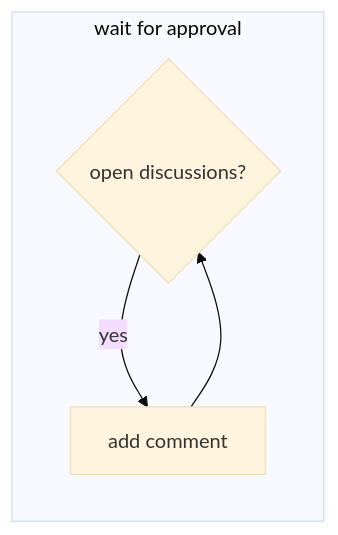
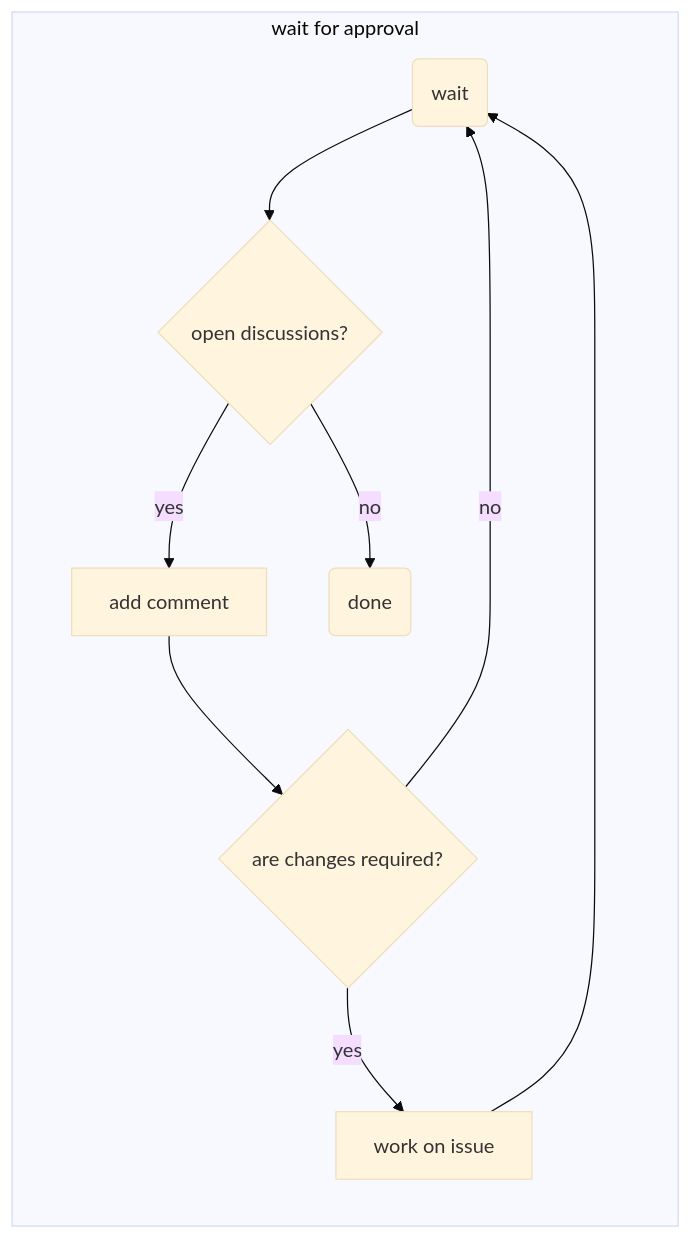
The third of 3 diagrams in git-usage.md (OPALX-project/OPALX-project.github.io), drawn with Mermaid (base theme) before and after one commit. The commit also changed other lines of this file, not shown here.

````diff
--- a/git-usage.md
+++ b/git-usage.md
@@ -41,7 +48,13 @@
 ```mermaid
   graph LR
   subgraph wait for approval
+    wait(wait) --> discussion
     discussion{open discussions?} -->|yes| answer
-    answer[add comment] --> discussion
+    discussion -->|no| done
+    done(done)
+    answer[add comment] --> changes_required;
+    changes_required{are changes required?} -->|yes|work_on_issue
+    changes_required -->|no| wait
+    work_on_issue[work on issue] --> wait
   end
 ```
````
